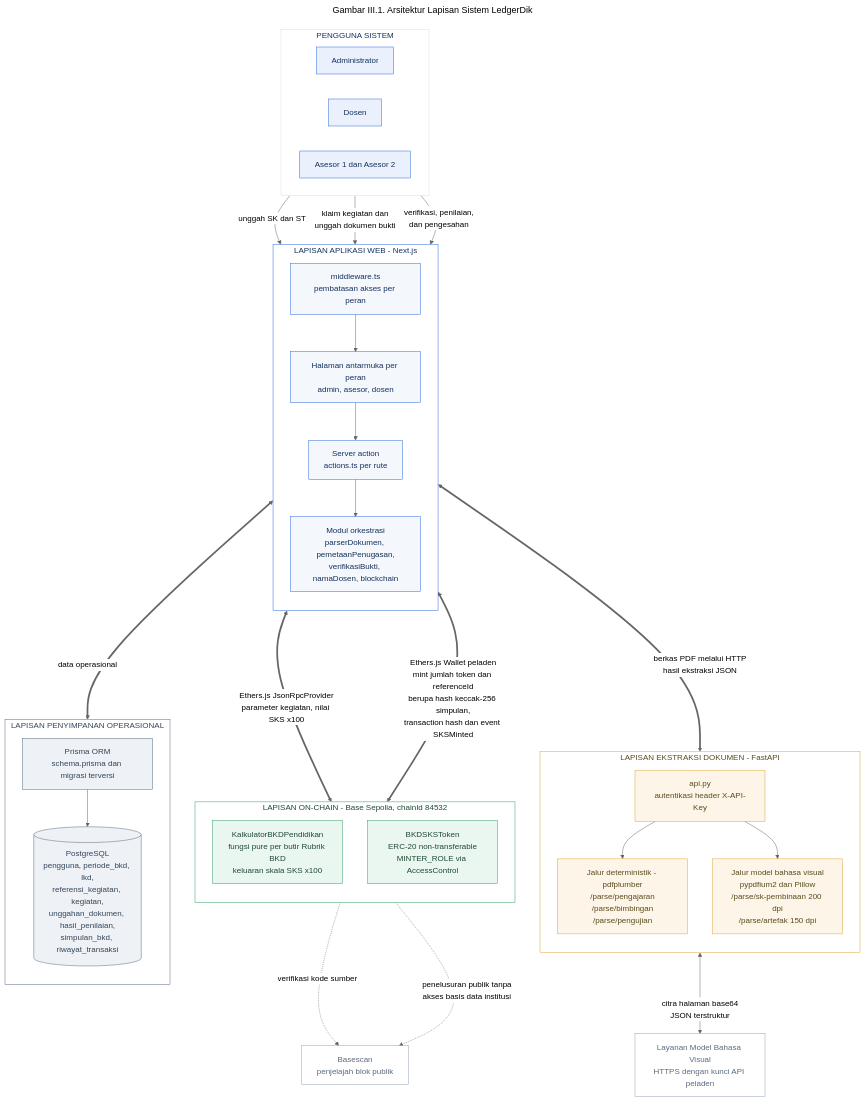
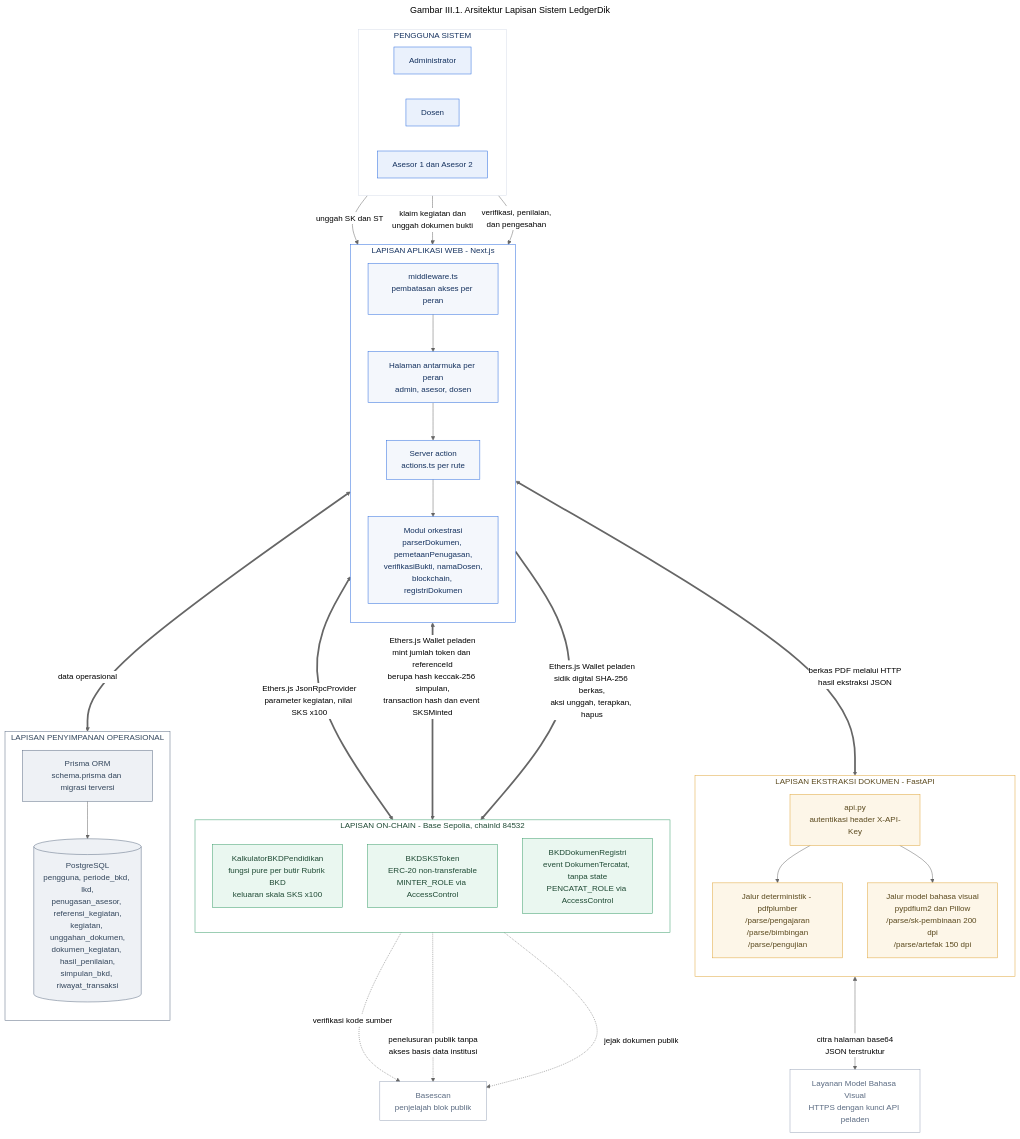
One commit to SandChik/TugasAkhir changed the diagram in docs/gambar/Gambar-III-1-Arsitektur-Sistem-LedgerDik.mermaid. Above: the diagram before and after it, drawn with Mermaid (neutral theme). The commit also changed 7 other files, not shown here.

```diff
--- a/docs/gambar/Gambar-III-1-Arsitektur-Sistem-LedgerDik.mermaid
+++ b/docs/gambar/Gambar-III-1-Arsitektur-Sistem-LedgerDik.mermaid
@@ -1,80 +1,83 @@
 ---
 title: Gambar III.1. Arsitektur Lapisan Sistem LedgerDik
 ---
 flowchart TB
 
     subgraph AKTOR["PENGGUNA SISTEM"]
         direction LR
         ADM["Administrator"]
         DSN["Dosen"]
         ASR["Asesor 1 dan Asesor 2"]
     end
 
     subgraph WEB["LAPISAN APLIKASI WEB - Next.js"]
         direction TB
         MW["middleware.ts<br/>pembatasan akses per peran"]
         HAL["Halaman antarmuka per peran<br/>admin, asesor, dosen"]
         ACT["Server action<br/>actions.ts per rute"]
-        ORK["Modul orkestrasi<br/>parserDokumen, pemetaanPenugasan,<br/>verifikasiBukti, namaDosen, blockchain"]
+        ORK["Modul orkestrasi<br/>parserDokumen, pemetaanPenugasan,<br/>verifikasiBukti, namaDosen,<br/>blockchain, registriDokumen"]
         MW --> HAL --> ACT --> ORK
     end
 
     subgraph EKS["LAPISAN EKSTRAKSI DOKUMEN - FastAPI"]
         direction TB
         GATE["api.py<br/>autentikasi header X-API-Key"]
         DET["Jalur deterministik - pdfplumber<br/>/parse/pengajaran<br/>/parse/bimbingan<br/>/parse/pengujian"]
         VLMJ["Jalur model bahasa visual<br/>pypdfium2 dan Pillow<br/>/parse/sk-pembinaan 200 dpi<br/>/parse/artefak 150 dpi"]
         GATE --> DET
         GATE --> VLMJ
     end
 
     subgraph CHAIN["LAPISAN ON-CHAIN - Base Sepolia, chainId 84532"]
         direction TB
         KAL["KalkulatorBKDPendidikan<br/>fungsi pure per butir Rubrik BKD<br/>keluaran skala SKS x100"]
         TOK["BKDSKSToken<br/>ERC-20 non-transferable<br/>MINTER_ROLE via AccessControl"]
+        REG["BKDDokumenRegistri<br/>event DokumenTercatat, tanpa state<br/>PENCATAT_ROLE via AccessControl"]
     end
 
     subgraph DATA["LAPISAN PENYIMPANAN OPERASIONAL"]
         direction TB
         ORM["Prisma ORM<br/>schema.prisma dan migrasi terversi"]
-        DB[("PostgreSQL<br/>pengguna, periode_bkd, lkd,<br/>referensi_kegiatan, kegiatan,<br/>unggahan_dokumen, hasil_penilaian,<br/>simpulan_bkd, riwayat_transaksi")]
+        DB[("PostgreSQL<br/>pengguna, periode_bkd, lkd,<br/>penugasan_asesor, referensi_kegiatan,<br/>kegiatan, unggahan_dokumen,<br/>dokumen_kegiatan, hasil_penilaian,<br/>simpulan_bkd, riwayat_transaksi")]
         ORM --> DB
     end
 
     VLM["Layanan Model Bahasa Visual<br/>HTTPS dengan kunci API peladen"]
     EXP["Basescan<br/>penjelajah blok publik"]
 
     ADM -->|"unggah SK dan ST"| MW
     DSN -->|"klaim kegiatan dan<br/>unggah dokumen bukti"| MW
     ASR -->|"verifikasi, penilaian,<br/>dan pengesahan"| MW
 
     ACT <==>|"data operasional"| ORM
 
     ORK <==>|"berkas PDF melalui HTTP<br/>hasil ekstraksi JSON"| GATE
     VLMJ <-->|"citra halaman base64<br/>JSON terstruktur"| VLM
 
     ORK <==>|"Ethers.js JsonRpcProvider<br/>parameter kegiatan, nilai SKS x100"| KAL
     ORK <==>|"Ethers.js Wallet peladen<br/>mint jumlah token dan referenceId<br/>berupa hash keccak-256 simpulan,<br/>transaction hash dan event SKSMinted"| TOK
+    ORK ==>|"Ethers.js Wallet peladen<br/>sidik digital SHA-256 berkas,<br/>aksi unggah, terapkan, hapus"| REG
 
     KAL -.->|"verifikasi kode sumber"| EXP
     TOK -.->|"penelusuran publik tanpa<br/>akses basis data institusi"| EXP
+    REG -.->|"jejak dokumen publik"| EXP
 
     classDef aktor fill:#eaf1fc,stroke:#2d6cdf,stroke-width:1px,color:#14315e
     classDef web fill:#f4f7fc,stroke:#2d6cdf,stroke-width:1px,color:#14315e
     classDef data fill:#eef1f5,stroke:#5b6b82,stroke-width:1px,color:#33465c
     classDef eks fill:#fdf6e8,stroke:#e0a53a,stroke-width:1px,color:#5b4a1f
     classDef chain fill:#eaf7f0,stroke:#3a9d6b,stroke-width:1px,color:#1f4a34
     classDef luar fill:#ffffff,stroke:#98a3b8,stroke-width:1px,color:#5b6b82
 
     class ADM,DSN,ASR aktor
     class MW,HAL,ACT,ORK web
     class ORM,DB data
     class GATE,DET,VLMJ eks
-    class KAL,TOK chain
+    class KAL,TOK,REG chain
     class VLM,EXP luar
 
     style AKTOR fill:#ffffff,stroke:#d7deea,color:#14315e
     style WEB fill:#ffffff,stroke:#2d6cdf,color:#14315e
     style EKS fill:#ffffff,stroke:#e0a53a,color:#5b4a1f
     style CHAIN fill:#ffffff,stroke:#3a9d6b,color:#1f4a34
     style DATA fill:#ffffff,stroke:#5b6b82,color:#33465c
```
